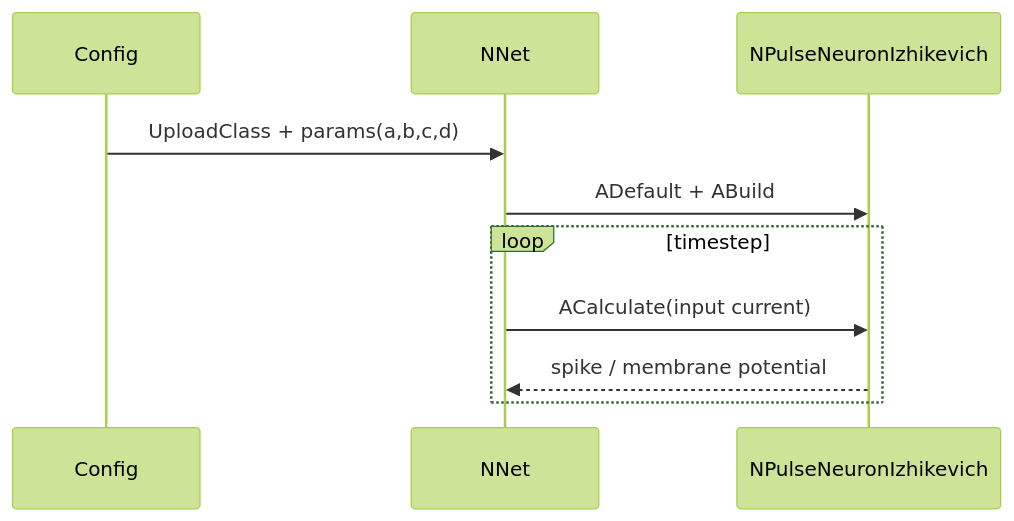
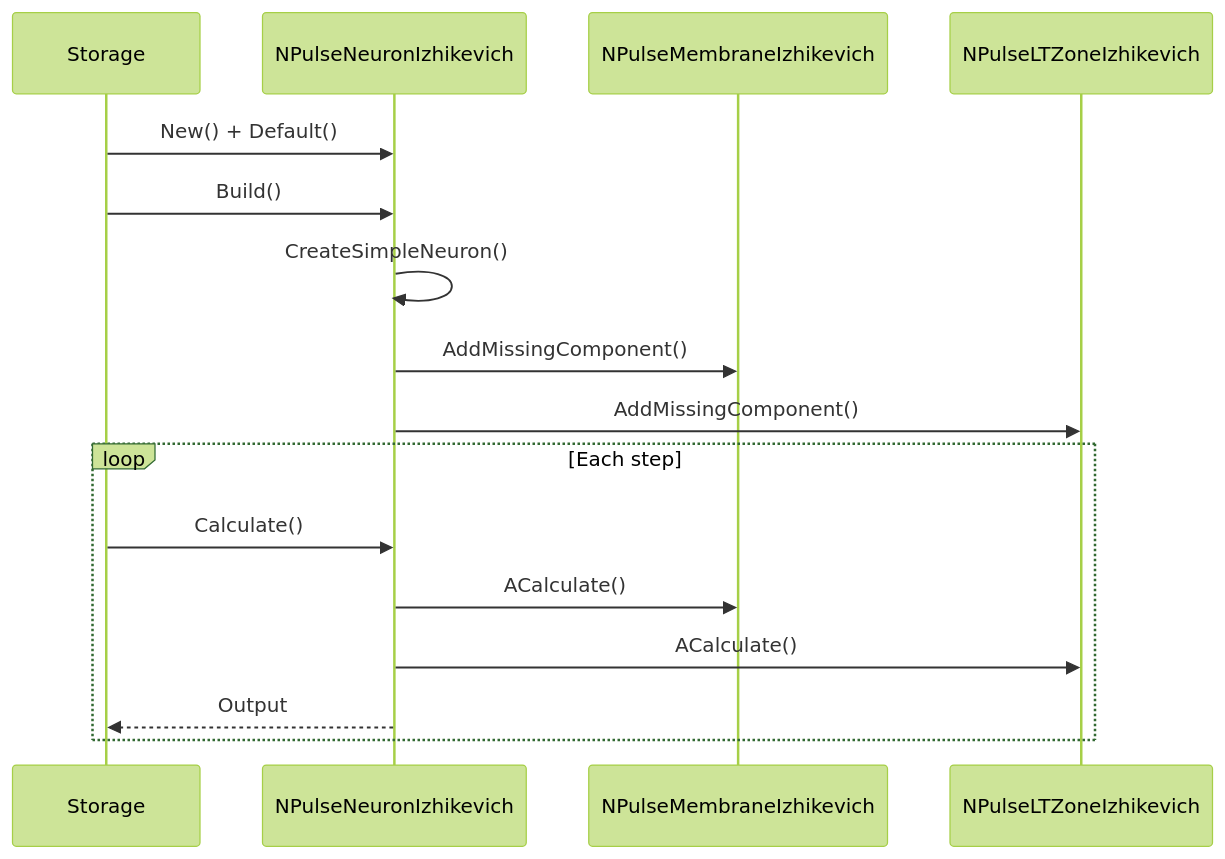
One commit to aicommunity/Nmsdk-PulseLib changed the seventh of 10 diagrams in Docs/Components/NPulseNeuronIzhikevich.md. Above: the diagram before and after it, drawn with Mermaid (forest theme). The commit also changed other lines of this file and 196 other files, not shown here.

````diff
--- a/Docs/Components/NPulseNeuronIzhikevich.md
+++ b/Docs/Components/NPulseNeuronIzhikevich.md
@@ -30,12 +373,19 @@
 ```mermaid
 sequenceDiagram
-    participant Cfg as Config
-    participant Net as NNet
+    participant Storage
     participant Neuron as NPulseNeuronIzhikevich
-    Cfg->>Net: UploadClass + params(a,b,c,d)
-    Net->>Neuron: ADefault + ABuild
-    loop timestep
-        Net->>Neuron: ACalculate(input current)
-        Neuron-->>Net: spike / membrane potential
+    participant Membrane as NPulseMembraneIzhikevich
+    participant LTZone as NPulseLTZoneIzhikevich
+    
+    Storage->>Neuron: New() + Default()
+    Storage->>Neuron: Build()
+    Neuron->>Neuron: CreateSimpleNeuron()
+    Neuron->>Membrane: AddMissingComponent()
+    Neuron->>LTZone: AddMissingComponent()
+    loop Each step
+        Storage->>Neuron: Calculate()
+        Neuron->>Membrane: ACalculate()
+        Neuron->>LTZone: ACalculate()
+        Neuron-->>Storage: Output
     end
 ```
````
